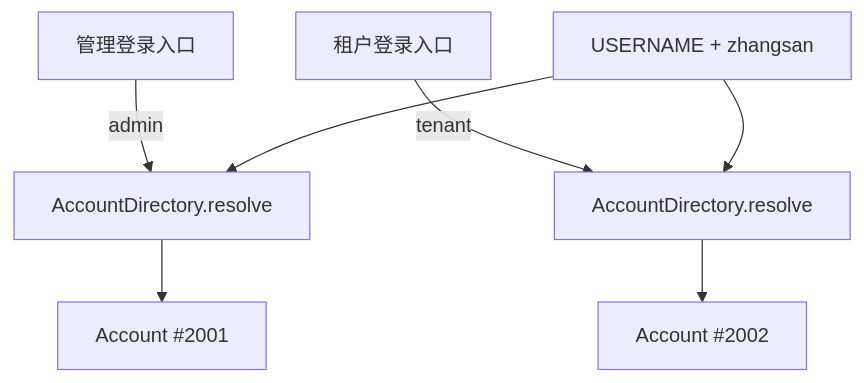
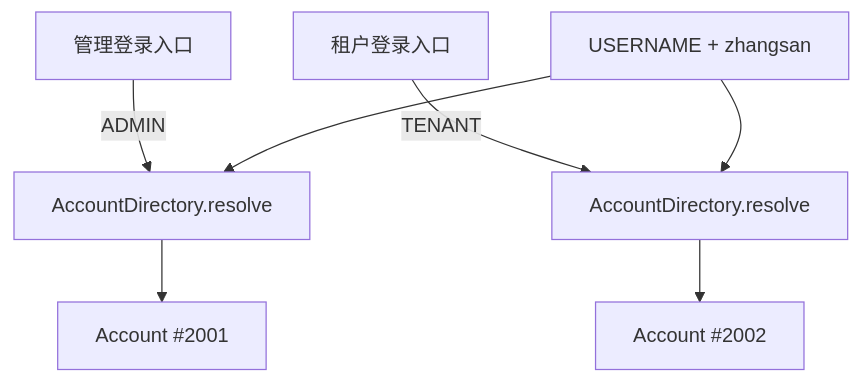
One commit to SH-XiaoXiu/sca4d-j changed the fifth of 6 diagrams in docs/home/identity.md. Above: the diagram before and after it, drawn with Mermaid. The commit also changed other lines of this file and 70 other files, not shown here.

````diff
--- a/docs/home/identity.md
+++ b/docs/home/identity.md
@@ -390,9 +390,9 @@
 ```mermaid
 flowchart TB
-    AdminLogin["管理登录入口"] -->|"admin"| AdminLookup["AccountDirectory.resolve"]
-    TenantLogin["租户登录入口"] -->|"tenant"| TenantLookup["AccountDirectory.resolve"]
+    AdminLogin["管理登录入口"] -->|"ADMIN"| AdminLookup["AccountDirectory.resolve"]
+    TenantLogin["租户登录入口"] -->|"TENANT"| TenantLookup["AccountDirectory.resolve"]
     Identifier["USERNAME + zhangsan"] --> AdminLookup
     Identifier --> TenantLookup
     AdminLookup --> AdminAccount["Account #2001"]
     TenantLookup --> TenantAccount["Account #2002"]
 ```
````
